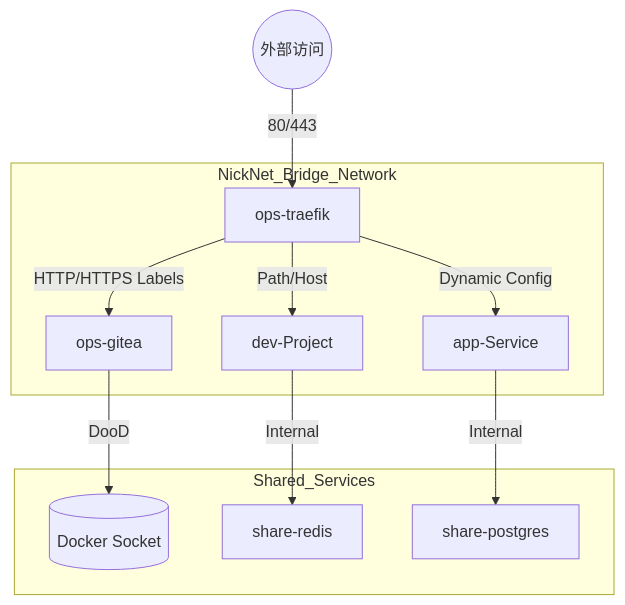
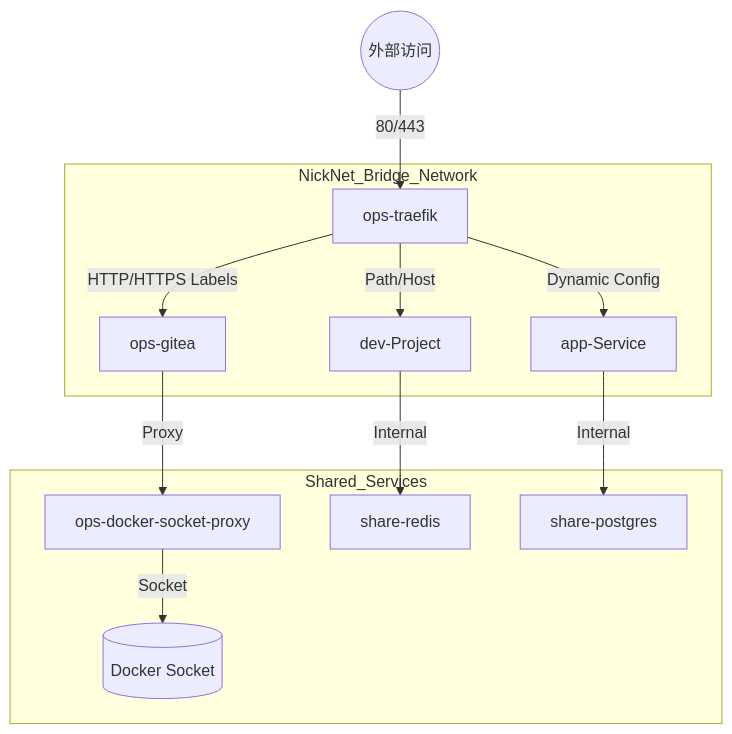
The first of 2 diagrams in README.md (QQDDTT/NickManage), drawn with Mermaid before and after one commit. The commit also changed other lines of this file and 44 other files, not shown here.

````diff
--- a/README.md
+++ b/README.md
@@ -26,16 +26,17 @@
 ```mermaid
 graph TD
     User((外部访问)) -- 80/443 --> Traefik[ops-traefik]
     
     subgraph NickNet_Bridge_Network
         Traefik -- HTTP/HTTPS Labels --> Gitea[ops-gitea]
         Traefik -- Path/Host --> Dev[dev-Project]
         Traefik -- Dynamic Config --> App[app-Service]
     end
     
     subgraph Shared_Services
-        Gitea -- DooD --> DockerHost[(Docker Socket)]
+        Gitea -- Proxy --> Proxy[ops-docker-socket-proxy]
+        Proxy -- Socket --> DockerHost[(Docker Socket)]
         Dev -- Internal --> Redis[share-redis]
         App -- Internal --> DB[share-postgres]
     end
 ```
````
